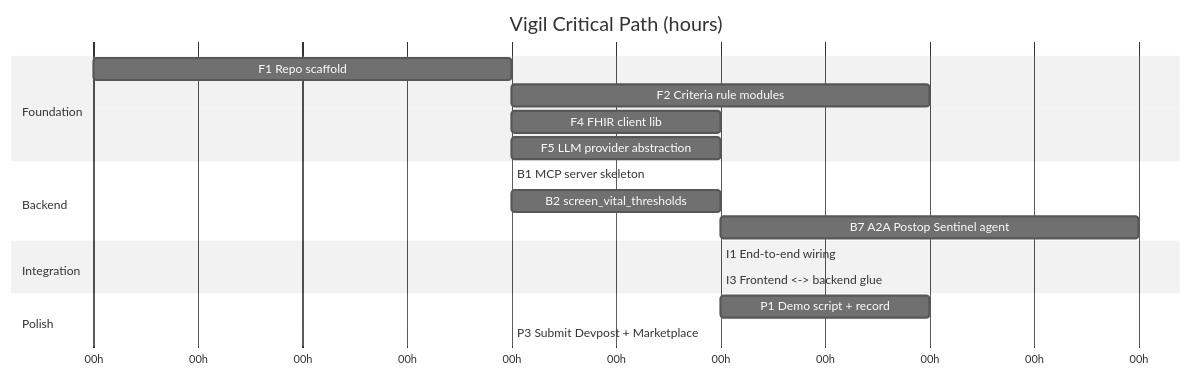
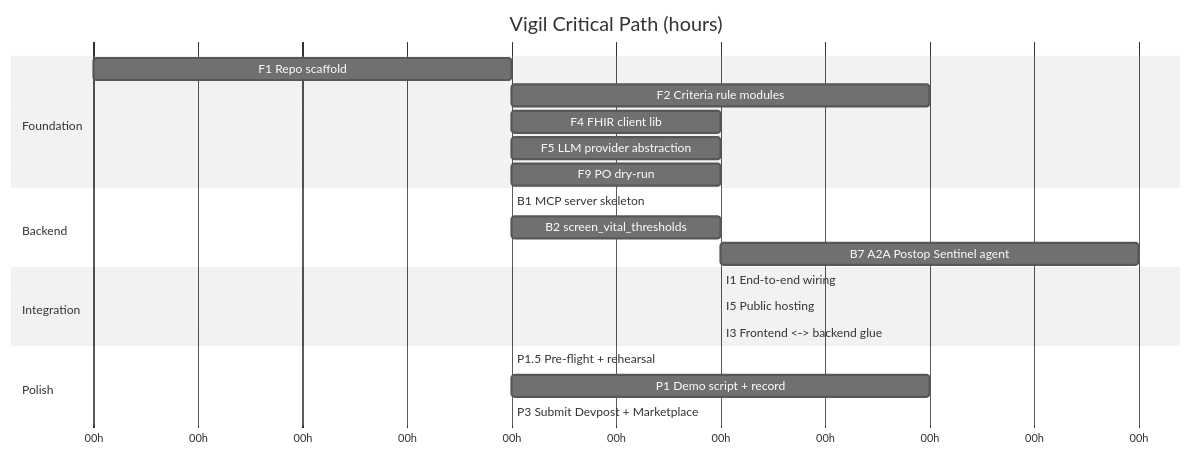
Before and after one commit to RaymonddC/Vigil: the diagram in docs/BUILD_PLAN.md, drawn with Mermaid (neutral theme). The commit also changed other lines of this file, not shown here.

````diff
--- a/docs/BUILD_PLAN.md
+++ b/docs/BUILD_PLAN.md
@@ -11,21 +11,24 @@
 ```mermaid
 gantt
     title Vigil Critical Path (hours)
     dateFormat  X
     axisFormat  %Hh
     section Foundation
     F1 Repo scaffold              :f1, 0, 2
     F2 Criteria rule modules      :f2, after f1, 4
     F4 FHIR client lib            :f4, after f1, 3
     F5 LLM provider abstraction   :f5, after f1, 3
+    F9 PO dry-run                 :f9, after f1, 3
     section Backend
     B1 MCP server skeleton        :b1, after f2 f4 f5, 2
     B2 screen_vital_thresholds    :b2, after b1, 3
     B7 A2A Postop Sentinel agent  :b7, after b2, 5
     section Integration
     I1 End-to-end wiring          :i1, after b7, 3
+    I5 Public hosting             :i5, after i1, 3
     I3 Frontend <-> backend glue  :i3, after i1, 3
     section Polish
-    P1 Demo script + record       :p1, after i3, 4
+    P1.5 Pre-flight + rehearsal   :p15, after i3, 2
+    P1 Demo script + record       :p1, after p15, 4
     P3 Submit Devpost + Marketplace :p3, after p1, 2
 ```
````
